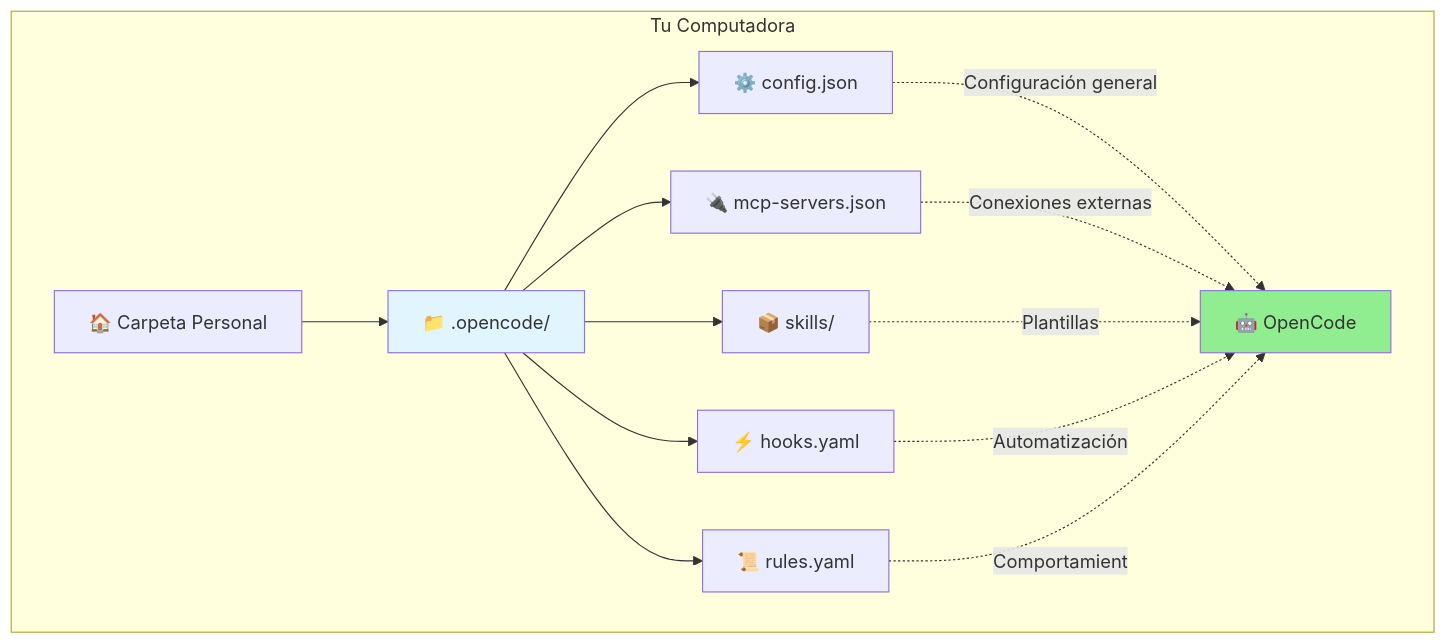
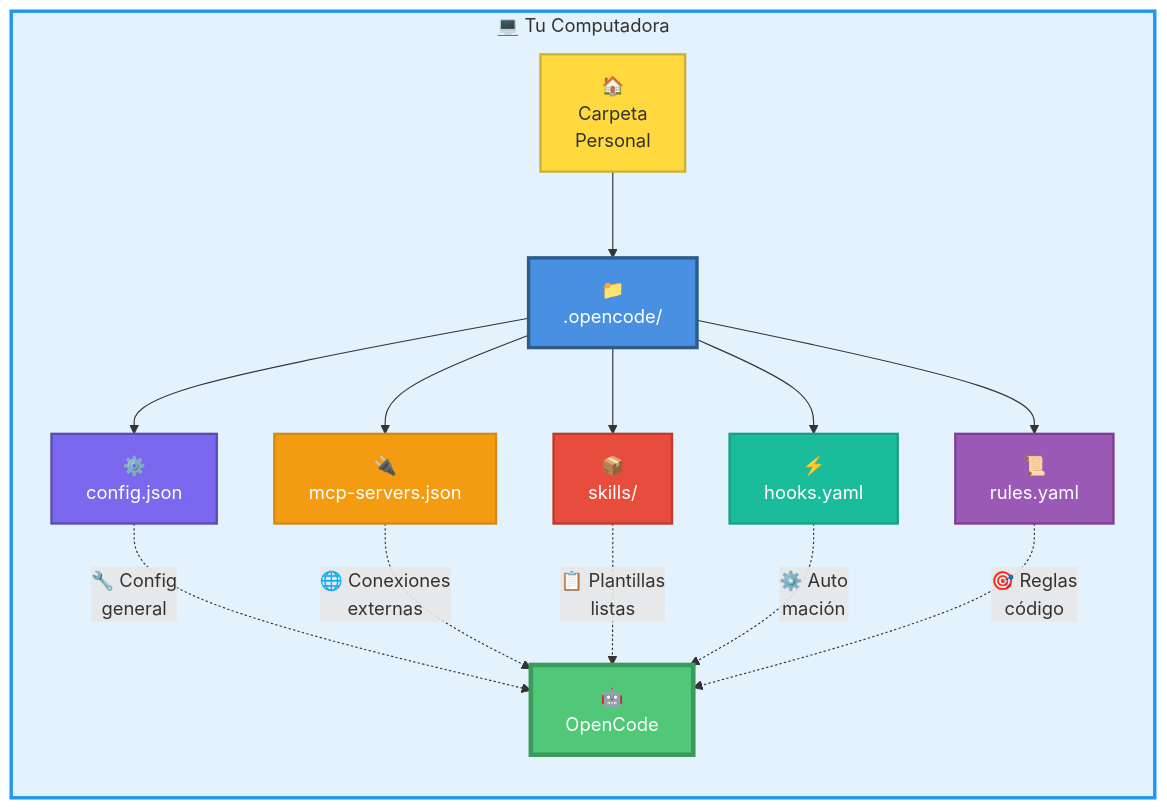
One commit to Ai-Whisperers/Courses-Content changed the second of 16 diagrams in courses/🟡-development/FPUNA-2026/00-FUNDAMENTOS-PRINCIPALES/02-maestria-configuracion.md. Above: the diagram before and after it, drawn with Mermaid. The commit also changed other lines of this file, not shown here.

First line of the commit message:
Improve Mermaid diagrams in 02-maestria-configuracion.md (9/15 diagrams)

````diff
--- a/courses/🟡-development/FPUNA-2026/00-FUNDAMENTOS-PRINCIPALES/02-maestria-configuracion.md
+++ b/courses/🟡-development/FPUNA-2026/00-FUNDAMENTOS-PRINCIPALES/02-maestria-configuracion.md
@@ -111,21 +112,29 @@
 ```mermaid
 graph TB
-    subgraph "Tu Computadora"
-        Home[🏠 Carpeta Personal] --> OpenCodeDir[📁 .opencode/]
+    subgraph PC["💻 Tu Computadora"]
+        direction TB
+        Home["🏠<br/>Carpeta<br/>Personal"] --> OpenCodeDir["📁<br/>.opencode/"]
         
-        OpenCodeDir --> Config[⚙️ config.json]
-        OpenCodeDir --> MCP[🔌 mcp-servers.json]
-        OpenCodeDir --> Skills[📦 skills/]
-        OpenCodeDir --> Hooks[⚡ hooks.yaml]
-        OpenCodeDir --> Rules[📜 rules.yaml]
+        OpenCodeDir --> Config["⚙️<br/>config.json"]
+        OpenCodeDir --> MCP["🔌<br/>mcp-servers.json"]
+        OpenCodeDir --> Skills["📦<br/>skills/"]
+        OpenCodeDir --> Hooks["⚡<br/>hooks.yaml"]
+        OpenCodeDir --> Rules["📜<br/>rules.yaml"]
         
-        Config -.Configuración general.-> OC[🤖 OpenCode]
-        MCP -.Conexiones externas.-> OC
-        Skills -.Plantillas.-> OC
-        Hooks -.Automatización.-> OC
-        Rules -.Comportamiento.-> OC
+        Config -."🔧 Config<br/>general".-> OC["🤖<br/>OpenCode"]
+        MCP -."🌐 Conexiones<br/>externas".-> OC
+        Skills -."📋 Plantillas<br/>listas".-> OC
+        Hooks -."⚙️ Auto<br/>mación".-> OC
+        Rules -."🎯 Reglas<br/>código".-> OC
     end
     
-    style OpenCodeDir fill:#e1f5ff
-    style OC fill:#90EE90
+    style PC fill:#E3F2FD,stroke:#2196F3,stroke-width:3px
+    style OpenCodeDir fill:#4A90E2,stroke:#2E5C8A,stroke-width:3px,color:#fff
+    style OC fill:#50C878,stroke:#3A9B5C,stroke-width:4px,color:#fff
+    style Config fill:#7B68EE,stroke:#5A4BB5,stroke-width:2px,color:#fff
+    style MCP fill:#F39C12,stroke:#D68910,stroke-width:2px,color:#fff
+    style Skills fill:#E74C3C,stroke:#C0392B,stroke-width:2px,color:#fff
+    style Hooks fill:#1ABC9C,stroke:#16A085,stroke-width:2px,color:#fff
+    style Rules fill:#9B59B6,stroke:#7D3C98,stroke-width:2px,color:#fff
+    style Home fill:#FFD93D,stroke:#CCB031,stroke-width:2px,color:#333
 ```
````
